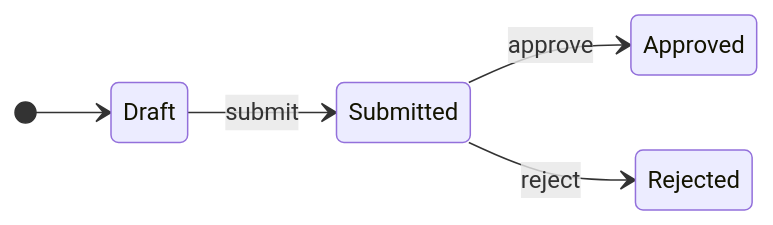
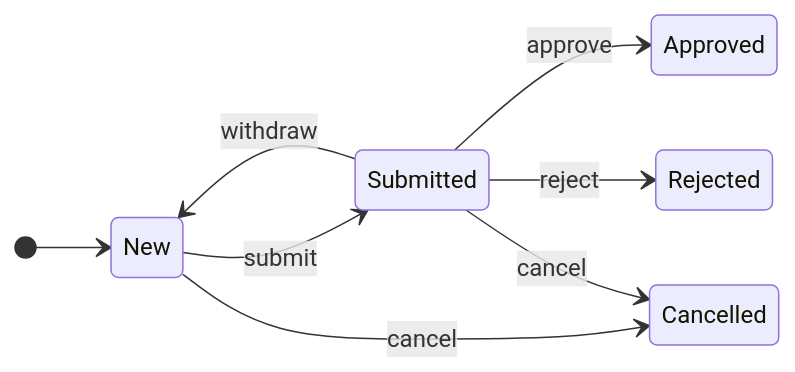
One commit to wojsek-sek/RequestApp changed the second of 2 diagrams in readme.md. Above: the diagram before and after it, drawn with Mermaid. The commit also changed other lines of this file and 25 other files, not shown here.

````diff
--- a/readme.md
+++ b/readme.md
@@ -43,8 +43,11 @@
 ```mermaid
 stateDiagram-v2
     direction LR
-    [*] --> Draft
-    Draft --> Submitted : submit
+    [*] --> New
+    New --> Submitted   : submit
+    Submitted --> New   : withdraw
     Submitted --> Approved : approve
     Submitted --> Rejected : reject
+    New --> Cancelled       : cancel
+    Submitted --> Cancelled : cancel
 ```
````
